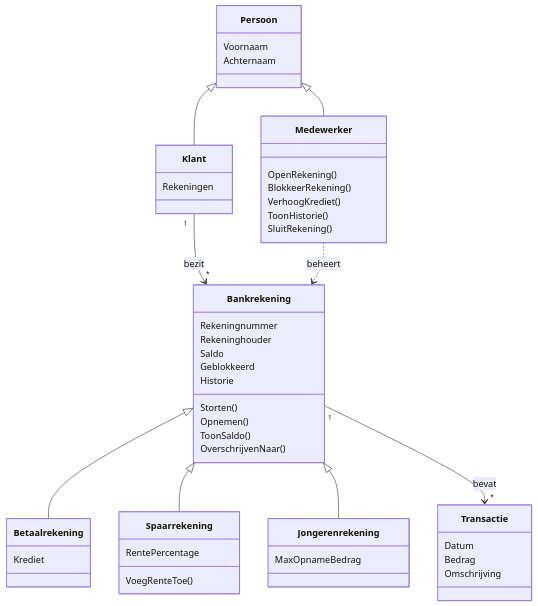
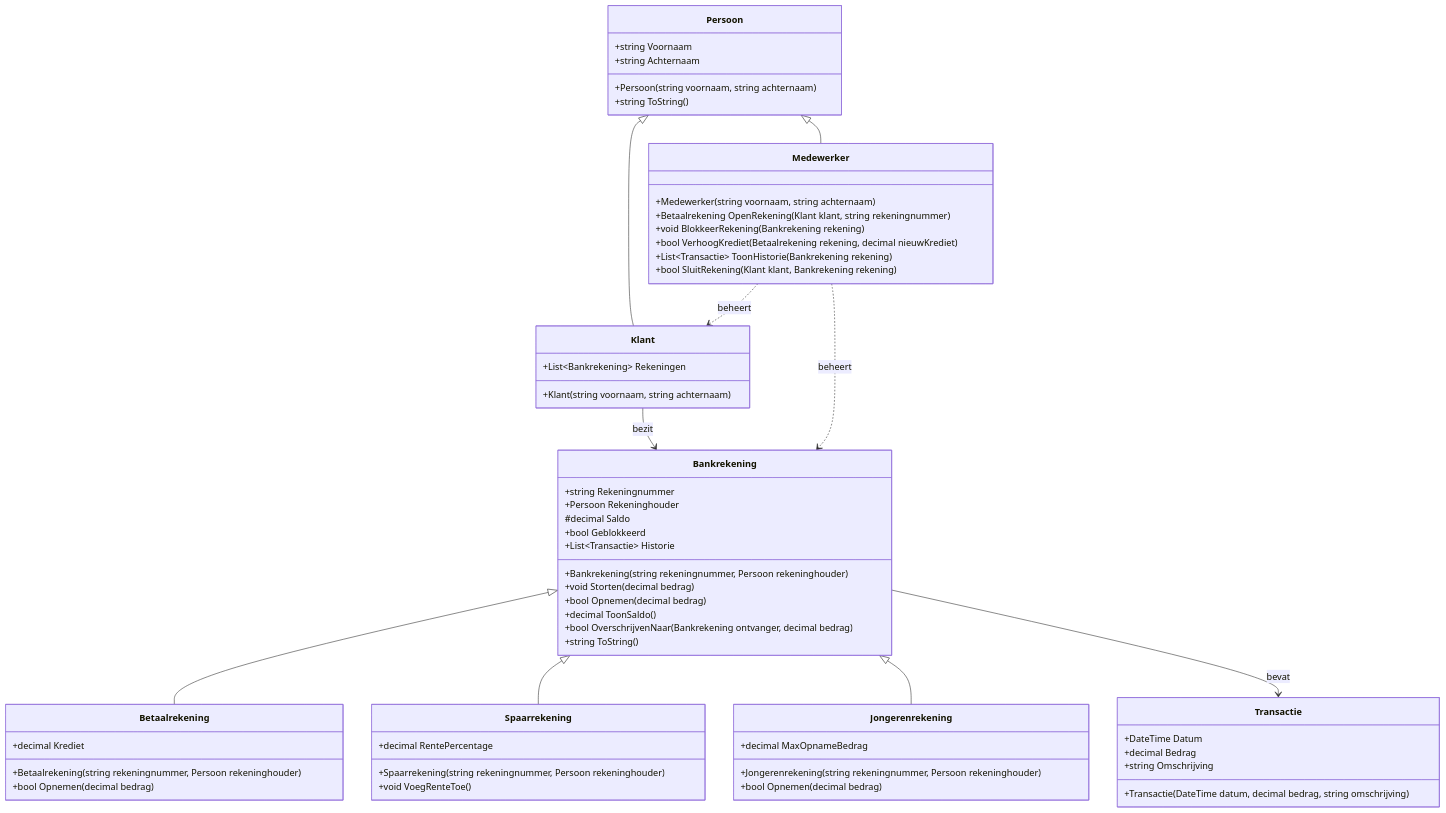
Before and after one commit to MarcelClaus/Backend_Dev_Polymorfisme: the diagram in README.md, drawn with Mermaid.

````diff
--- a/README.md
+++ b/README.md
@@ -23,63 +23,76 @@
 ```mermaid
 classDiagram
 
 class Persoon {
-    Voornaam
-    Achternaam
+    +string Voornaam
+    +string Achternaam
+    +Persoon(string voornaam, string achternaam)
+    +string ToString()
 }
 
 class Klant {
-    Rekeningen
+    +List~Bankrekening~ Rekeningen
+    +Klant(string voornaam, string achternaam)
 }
 
 class Medewerker {
-    OpenRekening()
-    BlokkeerRekening()
-    VerhoogKrediet()
-    ToonHistorie()
-    SluitRekening()
+    +Medewerker(string voornaam, string achternaam)
+    +Betaalrekening OpenRekening(Klant klant, string rekeningnummer)
+    +void BlokkeerRekening(Bankrekening rekening)
+    +bool VerhoogKrediet(Betaalrekening rekening, decimal nieuwKrediet)
+    +List~Transactie~ ToonHistorie(Bankrekening rekening)
+    +bool SluitRekening(Klant klant, Bankrekening rekening)
 }
 
 class Bankrekening {
-    Rekeningnummer
-    Rekeninghouder
-    Saldo
-    Geblokkeerd
-    Historie
-    Storten()
-    Opnemen()
-    ToonSaldo()
-    OverschrijvenNaar()
+    +string Rekeningnummer
+    +Persoon Rekeninghouder
+    #decimal Saldo
+    +bool Geblokkeerd
+    +List~Transactie~ Historie
+    +Bankrekening(string rekeningnummer, Persoon rekeninghouder)
+    +void Storten(decimal bedrag)
+    +bool Opnemen(decimal bedrag)
+    +decimal ToonSaldo()
+    +bool OverschrijvenNaar(Bankrekening ontvanger, decimal bedrag)
+    +string ToString()
 }
 
 class Betaalrekening {
-    Krediet
+    +decimal Krediet
+    +Betaalrekening(string rekeningnummer, Persoon rekeninghouder)
+    +bool Opnemen(decimal bedrag)
 }
 
 class Spaarrekening {
-    RentePercentage
-    VoegRenteToe()
+    +decimal RentePercentage
+    +Spaarrekening(string rekeningnummer, Persoon rekeninghouder)
+    +void VoegRenteToe()
 }
 
 class Jongerenrekening {
-    MaxOpnameBedrag
+    +decimal MaxOpnameBedrag
+    +Jongerenrekening(string rekeningnummer, Persoon rekeninghouder)
+    +bool Opnemen(decimal bedrag)
 }
 
 class Transactie {
-    Datum
-    Bedrag
-    Omschrijving
+    +DateTime Datum
+    +decimal Bedrag
+    +string Omschrijving
+    +Transactie(DateTime datum, decimal bedrag, string omschrijving)
 }
 
 Persoon <|-- Klant
 Persoon <|-- Medewerker
 
 Bankrekening <|-- Betaalrekening
 Bankrekening <|-- Spaarrekening
 Bankrekening <|-- Jongerenrekening
 
-Klant "1" --> "*" Bankrekening : bezit
-Bankrekening "1" --> "*" Transactie : bevat
+Klant --> Bankrekening : bezit
+Bankrekening --> Transactie : bevat
 
+Medewerker ..> Klant : beheert
 Medewerker ..> Bankrekening : beheert
 ```
````
